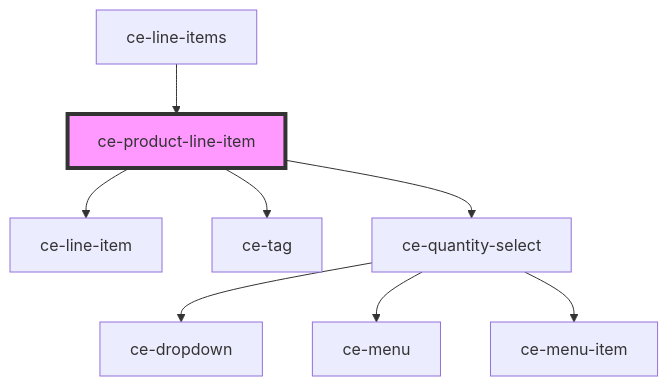
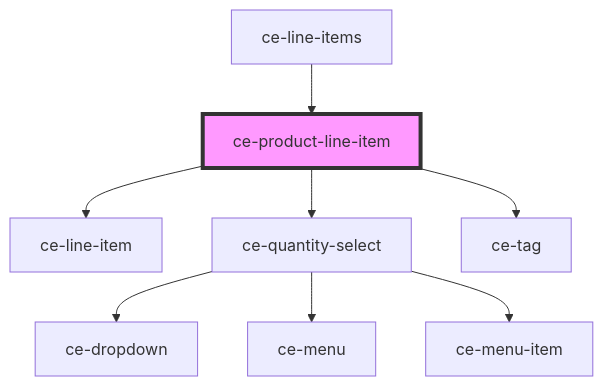
The diagram in packages/components/src/components/ui/product-line-item/readme.md (surecart/surecart-wp-plugin), drawn with Mermaid before and after one commit. The commit also changed other lines of this file and 150 other files, not shown here.

````diff
--- a/packages/components/src/components/ui/product-line-item/readme.md
+++ b/packages/components/src/components/ui/product-line-item/readme.md
@@ -40,11 +41,11 @@
 ```mermaid
 graph TD;
   ce-product-line-item --> ce-line-item
+  ce-product-line-item --> ce-quantity-select
   ce-product-line-item --> ce-tag
-  ce-product-line-item --> ce-quantity-select
   ce-quantity-select --> ce-dropdown
   ce-quantity-select --> ce-menu
   ce-quantity-select --> ce-menu-item
   ce-line-items --> ce-product-line-item
   style ce-product-line-item fill:#f9f,stroke:#333,stroke-width:4px
 ```
````
